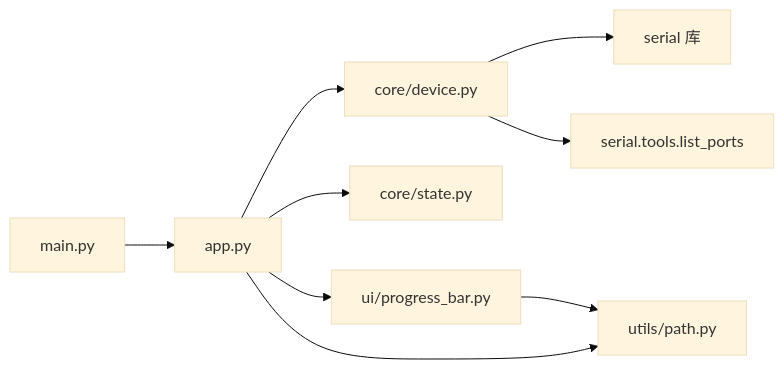
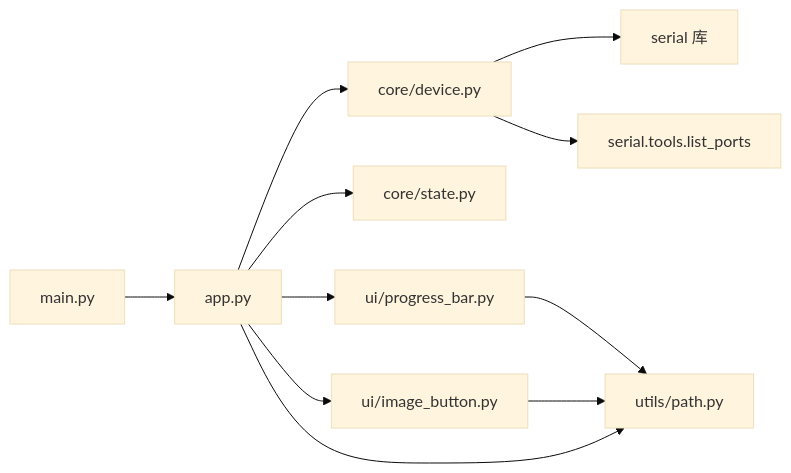
Before and after one commit to Hankun-P/wireless-keyboard-toy: diagram 11 of 11 in .qoder/repowiki/zh/content/桌面应用架构/桌面应用架构.md, drawn with Mermaid (base theme). The commit also changed other lines of this file and 10 other files, not shown here.

````diff
--- a/.qoder/repowiki/zh/content/桌面应用架构/桌面应用架构.md
+++ b/.qoder/repowiki/zh/content/桌面应用架构/桌面应用架构.md
@@ -410,11 +611,13 @@
 ```mermaid
 graph LR
 MAIN["main.py"] --> APP["app.py"]
 APP --> DEVICE["core/device.py"]
 APP --> STATE["core/state.py"]
 APP --> PBAR["ui/progress_bar.py"]
+APP --> IBUTTON["ui/image_button.py"]
 PBAR --> PATH["utils/path.py"]
+IBUTTON --> PATH
 APP --> PATH
 DEVICE --> SERIAL["serial 库"]
 DEVICE --> LISTPORTS["serial.tools.list_ports"]
 ```
````
